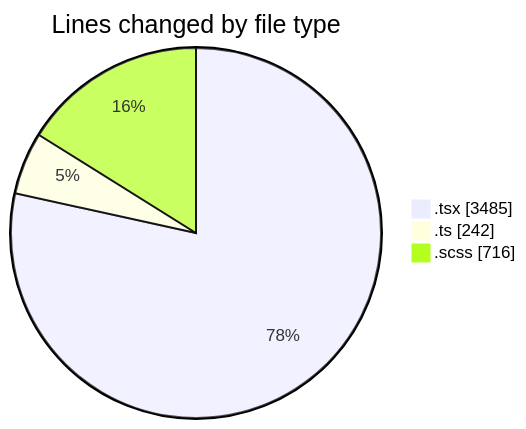
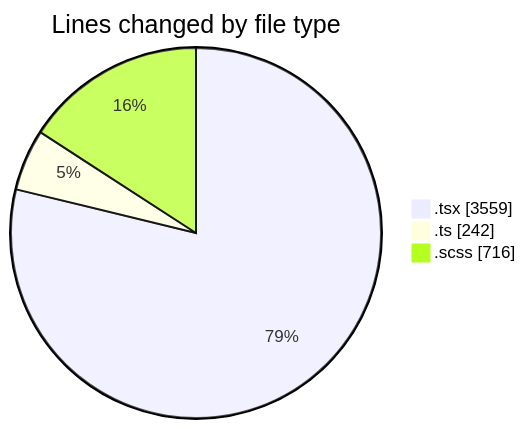
One commit to momahboobian/code-tracking changed the first of 2 diagrams in 2025-09-15/cda/README.md. Above: the diagram before and after it, drawn with Mermaid. The commit also changed other lines of this file and 1 other file, not shown here.

````diff
--- a/2025-09-15/cda/README.md
+++ b/2025-09-15/cda/README.md
@@ -25,7 +25,7 @@
 ```mermaid
 pie showData
 title Lines changed by file type
-".tsx" : 3485
+".tsx" : 3559
 ".ts" : 242
 ".scss" : 716
 ```
````
